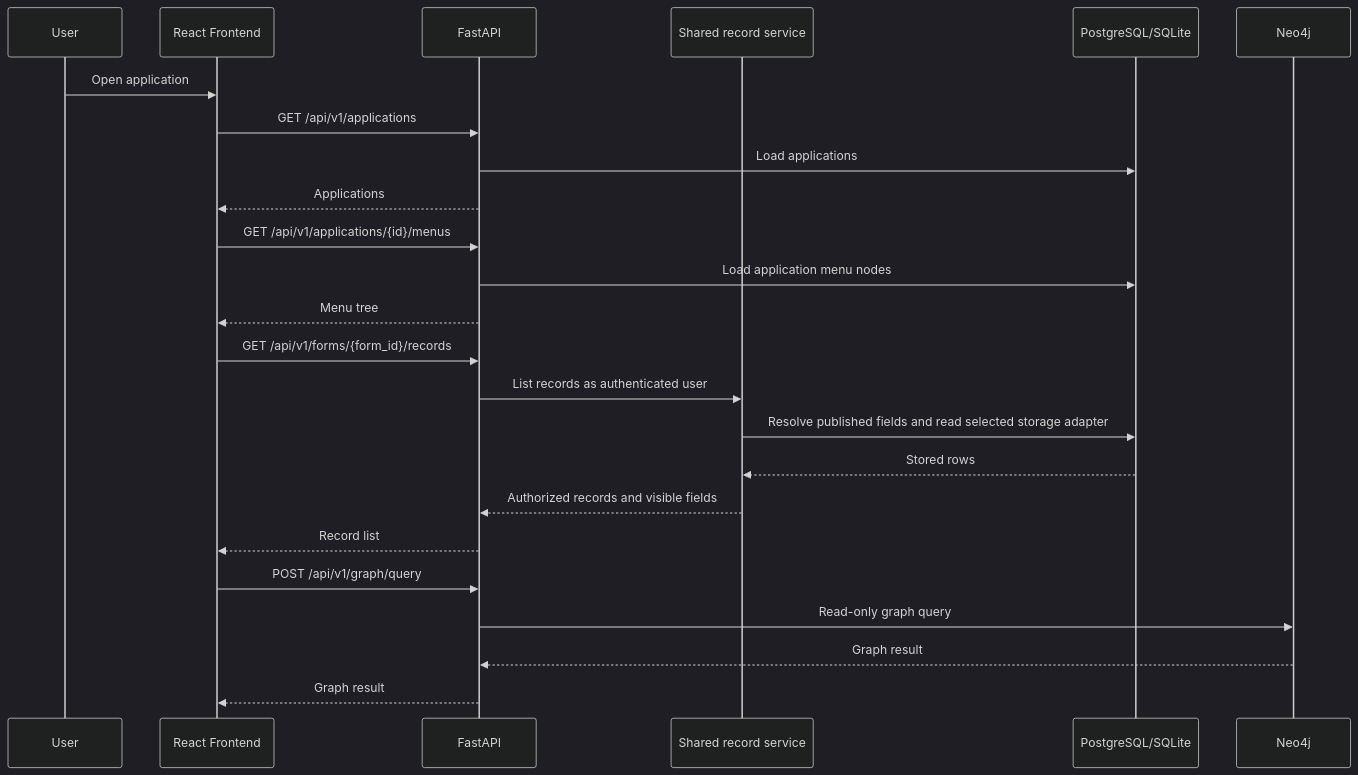
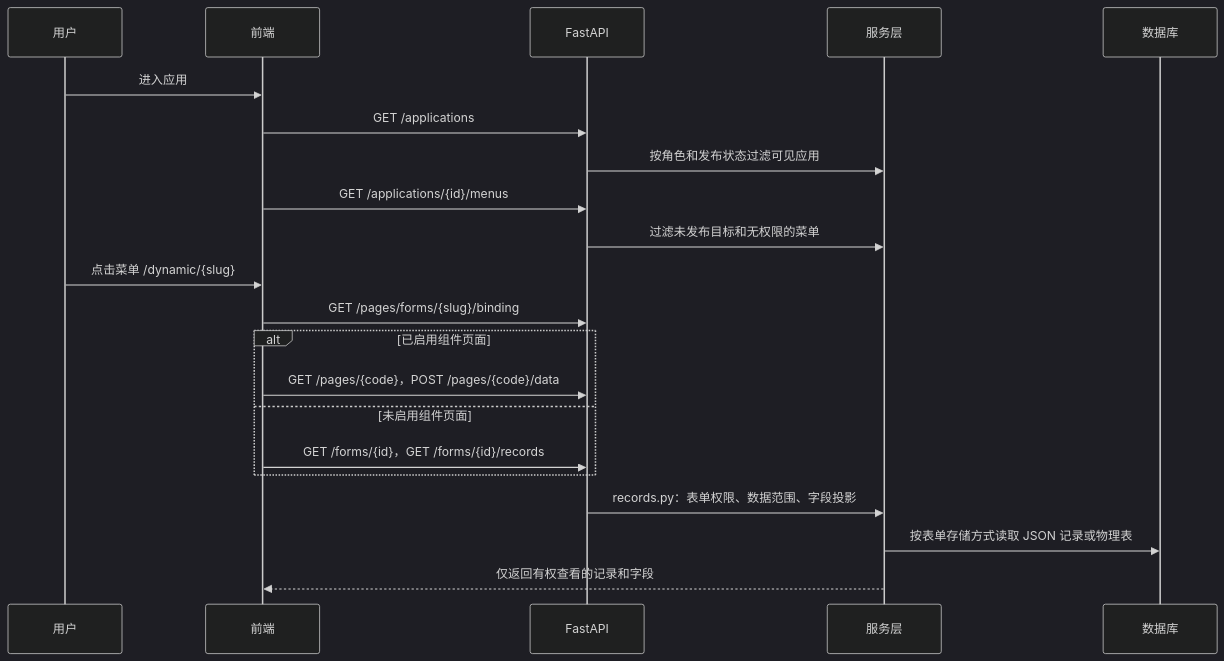
The second of 2 diagrams in docs/architecture/overview.md (yelan-131/Palantir_Demo), drawn with Mermaid (dark theme) before and after one commit. The commit also changed other lines of this file and 152 other files, not shown here.

````diff
--- a/docs/architecture/overview.md
+++ b/docs/architecture/overview.md
@@ -196,27 +101,24 @@
 ```mermaid
 sequenceDiagram
-  participant U as User
-  participant FE as React Frontend
+  participant U as 用户
+  participant FE as 前端
   participant API as FastAPI
-  participant S as Shared record service
-  participant DB as PostgreSQL/SQLite
-  participant G as Neo4j
+  participant S as 服务层
+  participant DB as 数据库
 
-  U->>FE: Open application
-  FE->>API: GET /api/v1/applications
-  API->>DB: Load applications
-  API-->>FE: Applications
-  FE->>API: GET /api/v1/applications/{id}/menus
-  API->>DB: Load application menu nodes
-  API-->>FE: Menu tree
-  FE->>API: GET /api/v1/forms/{form_id}/records
-  API->>S: List records as authenticated user
-  S->>DB: Resolve published fields and read selected storage adapter
-  DB-->>S: Stored rows
-  S-->>API: Authorized records and visible fields
-  API-->>FE: Record list
-  FE->>API: POST /api/v1/graph/query
-  API->>G: Read-only graph query
-  G-->>API: Graph result
-  API-->>FE: Graph result
+  U->>FE: 进入应用
+  FE->>API: GET /applications
+  API->>S: 按角色和发布状态过滤可见应用
+  FE->>API: GET /applications/{id}/menus
+  API->>S: 过滤未发布目标和无权限的菜单
+  U->>FE: 点击菜单 /dynamic/{slug}
+  FE->>API: GET /pages/forms/{slug}/binding
+  alt 已启用组件页面
+    FE->>API: GET /pages/{code}，POST /pages/{code}/data
+  else 未启用组件页面
+    FE->>API: GET /forms/{id}，GET /forms/{id}/records
+  end
+  API->>S: records.py：表单权限、数据范围、字段投影
+  S->>DB: 按表单存储方式读取 JSON 记录或物理表
+  S-->>FE: 仅返回有权查看的记录和字段
 ```
````
